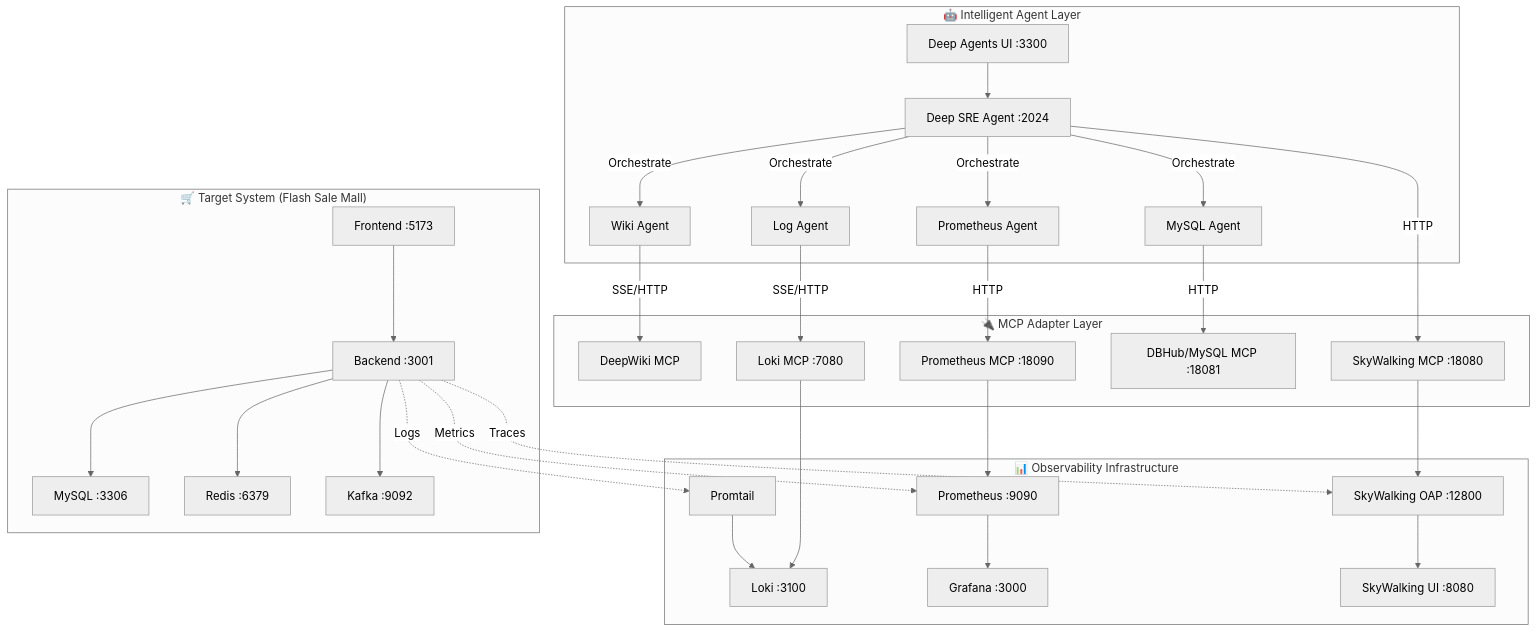
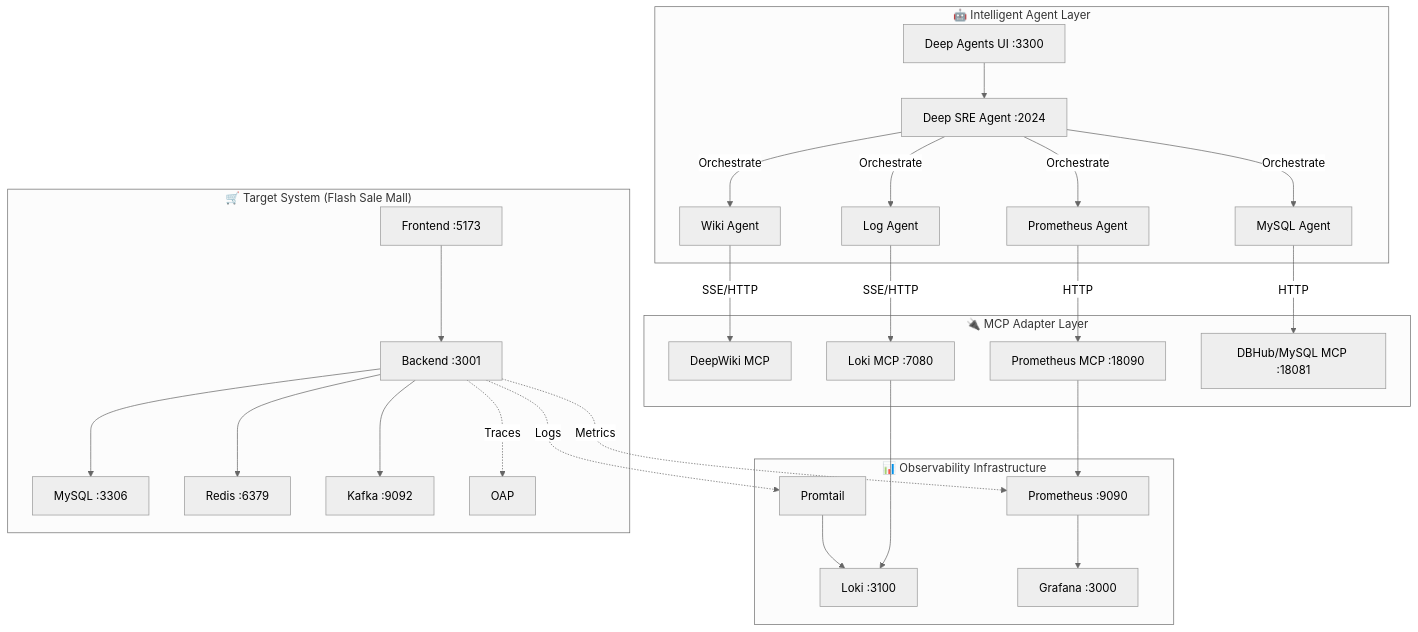
One commit to vapering/SRE-Agent changed the diagram in README.md. Above: the diagram before and after it, drawn with Mermaid (neutral theme). The commit also changed other lines of this file and 1 other file, not shown here.

````diff
--- a/README.md
+++ b/README.md
@@ -31,37 +31,34 @@
 ```mermaid
 graph TD
     subgraph "🤖 Intelligent Agent Layer"
         UI[Deep Agents UI :3300] --> Agent[Deep SRE Agent :2024]
         Agent --> |Orchestrate| Wiki[Wiki Agent]
         Agent --> |Orchestrate| Log[Log Agent]
         Agent --> |Orchestrate| Metric[Prometheus Agent]
         Agent --> |Orchestrate| DB[MySQL Agent]
     end
 
     subgraph "🔌 MCP Adapter Layer"
         Wiki --> |SSE/HTTP| WikiMCP[DeepWiki MCP]
         Log --> |SSE/HTTP| LokiMCP[Loki MCP :7080]
         Metric --> |HTTP| PromMCP[Prometheus MCP :18090]
         DB --> |HTTP| DBHub[DBHub/MySQL MCP :18081]
-        Agent --> |HTTP| SkyWalkingMCP[SkyWalking MCP :18080]
     end
 
     subgraph "📊 Observability Infrastructure"
         PromMCP --> Prometheus[Prometheus :9090]
         LokiMCP --> Loki[Loki :3100]
-        SkyWalkingMCP --> OAP[SkyWalking OAP :12800]
         Prometheus --> Grafana[Grafana :3000]
         Promtail --> Loki
-        OAP --> SkyWalkingUI[SkyWalking UI :8080]
     end
 
     subgraph "🛒 Target System (Flash Sale Mall)"
         Frontend[Frontend :5173] --> Backend[Backend :3001]
         Backend --> MySQL[MySQL :3306]
         Backend --> Redis[Redis :6379]
         Backend --> Kafka[Kafka :9092]
         Backend -.-> |Logs| Promtail
         Backend -.-> |Metrics| Prometheus
         Backend -.-> |Traces| OAP
     end
 ```
````
